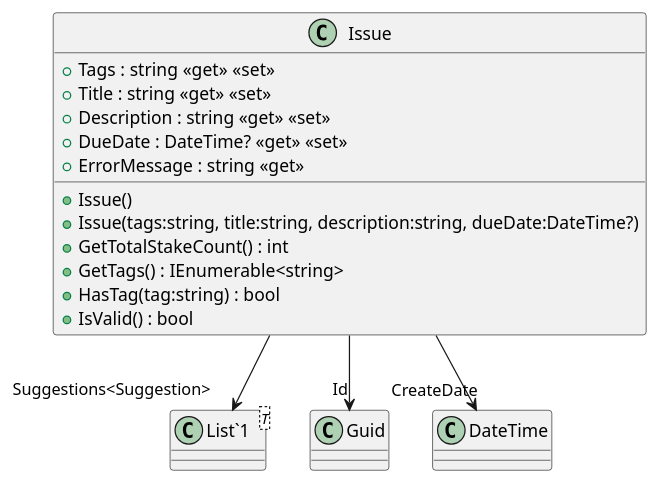
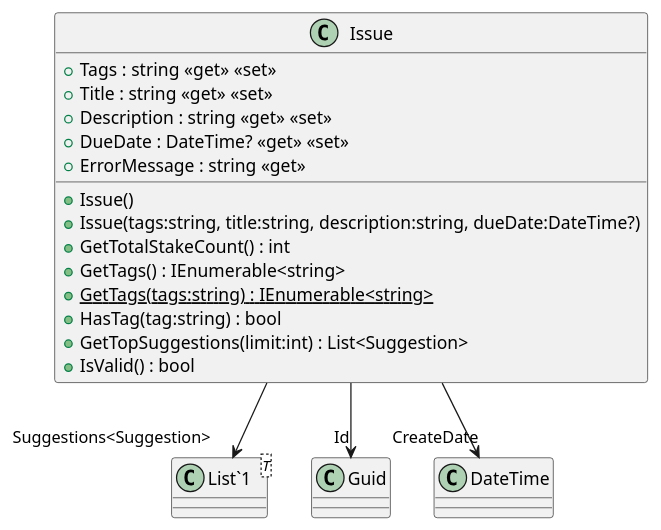
Before and after one commit to NeaBouli/TrueRepublic: the diagram in Frontend/Common/plantuml/Issue.puml, drawn with PlantUML. The commit also changed 15 other files, not shown here.

```diff
--- a/Frontend/Common/plantuml/Issue.puml
+++ b/Frontend/Common/plantuml/Issue.puml
@@ -1,20 +1,22 @@
 @startuml
 class Issue {
     + Issue()
     + Issue(tags:string, title:string, description:string, dueDate:DateTime?)
     + Tags : string <<get>> <<set>>
     + Title : string <<get>> <<set>>
     + Description : string <<get>> <<set>>
     + DueDate : DateTime? <<get>> <<set>>
     + ErrorMessage : string <<get>>
     + GetTotalStakeCount() : int
     + GetTags() : IEnumerable<string>
+    + {static} GetTags(tags:string) : IEnumerable<string>
     + HasTag(tag:string) : bool
+    + GetTopSuggestions(limit:int) : List<Suggestion>
     + IsValid() : bool
 }
 class "List`1"<T> {
 }
 Issue --> "Id" Guid
 Issue --> "CreateDate" DateTime
 Issue --> "Suggestions<Suggestion>" "List`1"
 @enduml
```
